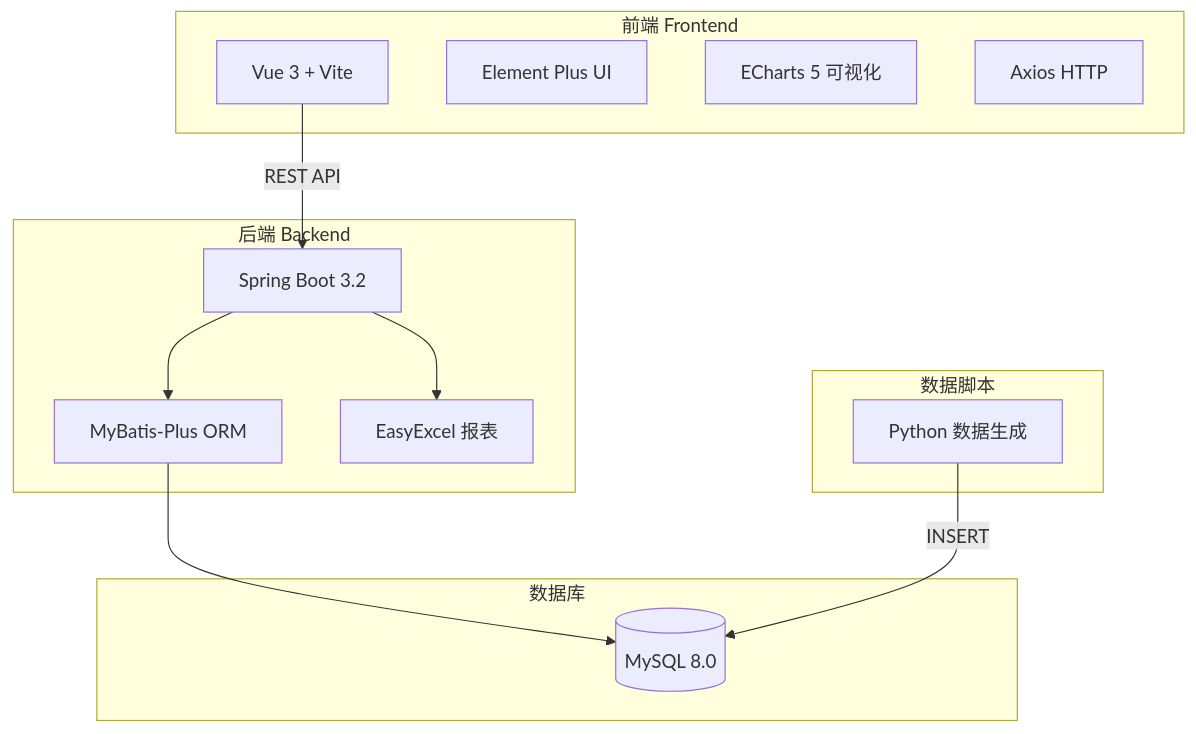
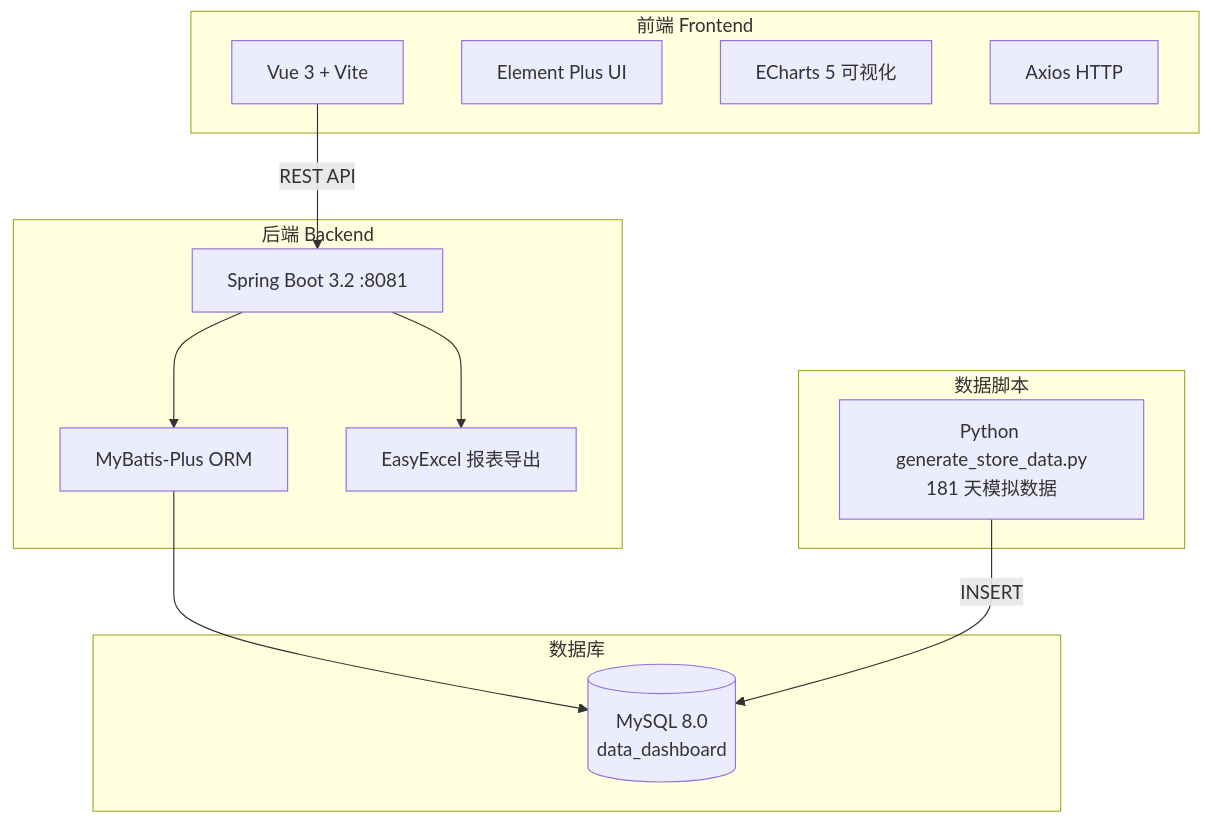
The diagram in 01-projects/data-dashboard/README.md (lihaoyuan-afk/cross-border-ecom), drawn with Mermaid before and after one commit. The commit also changed other lines of this file and 13 other files, not shown here.

First line of the commit message:
docs: 丰富 4 个项目 README，新增 9 张 Playwright 自动截图

````diff
--- a/01-projects/data-dashboard/README.md
+++ b/01-projects/data-dashboard/README.md
@@ -18,28 +37,28 @@
 ```mermaid
 graph TB
     subgraph 前端 Frontend
         A[Vue 3 + Vite]
         B[Element Plus UI]
         C[ECharts 5 可视化]
         D[Axios HTTP]
     end
 
     subgraph 后端 Backend
-        E[Spring Boot 3.2]
+        E[Spring Boot 3.2 :8081]
         F[MyBatis-Plus ORM]
-        G[EasyExcel 报表]
+        G[EasyExcel 报表导出]
     end
 
     subgraph 数据库
-        H[(MySQL 8.0)]
+        H[(MySQL 8.0<br/>data_dashboard)]
     end
 
     subgraph 数据脚本
-        I[Python 数据生成]
+        I[Python generate_store_data.py<br/>181 天模拟数据]
     end
 
     A -->|REST API| E
     E --> F --> H
     E --> G
     I -->|INSERT| H
 ```
````
